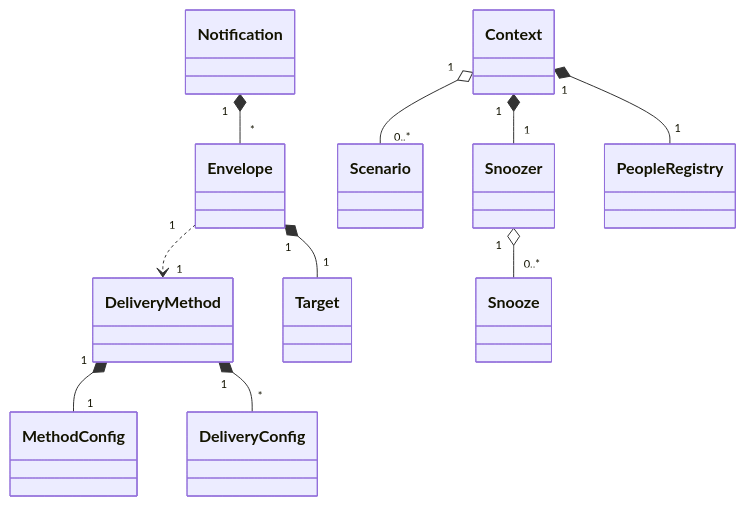
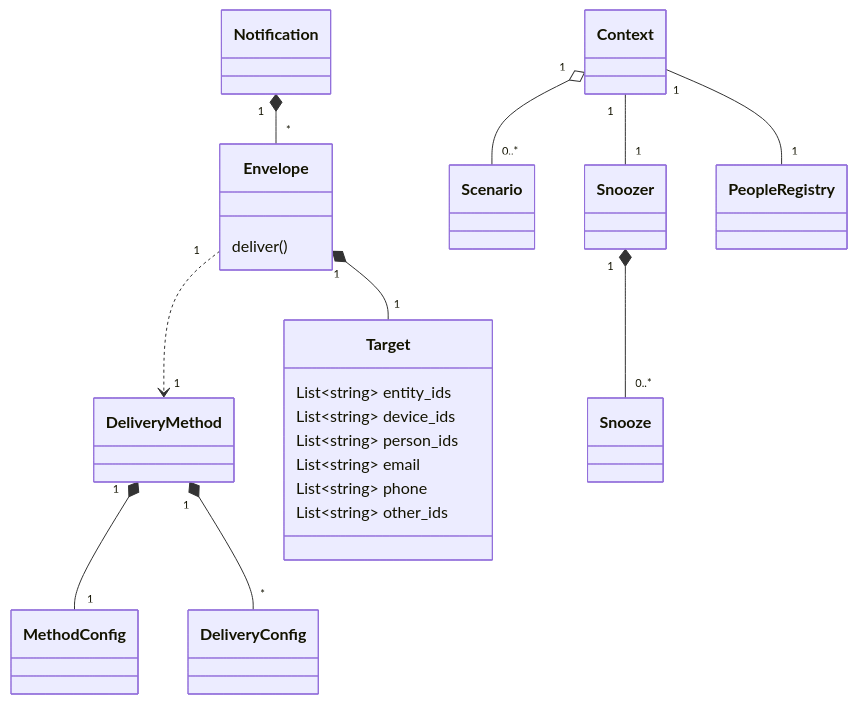
Before and after one commit to rhizomatics/supernotify: the diagram in docs/developer/classes.md, drawn with Mermaid. The commit also changed other lines of this file and 1 other file, not shown here.

Commit message:
futile attempts to make mermaid diagram work

````diff
--- a/docs/developer/classes.md
+++ b/docs/developer/classes.md
@@ -3,13 +5,43 @@
 ```mermaid
 classDiagram
 
-  Notification "1" *-- "*" Envelope
-  Envelope "1" ..> "1" DeliveryMethod
-  DeliveryMethod "1" *-- "1" MethodConfig
-  Envelope "1" *-- "1" Target
-  DeliveryMethod "1" *-- "*" DeliveryConfig
-  Context "1" o-- "0..*" Scenario
-  Snoozer "1" o-- "0..*" Snooze
-  Context "1" *-- "1" Snoozer
-  Context "1" *-- "1" PeopleRegistry
+    class Notification {
+    }
+    class Envelope {
+	    deliver()
+    }
+    class DeliveryMethod {
+    }
+    class MethodConfig {
+    }
+    class Target {
+        List~string~ entity_ids
+        List~string~ device_ids
+        List~string~ person_ids
+        List~string~ email
+        List~string~ phone
+        List~string~ other_ids
+    }
+    class DeliveryConfig {
+    }
+    class Context {
+    }
+    class Scenario {
+    }
+    class Snoozer {
+    }
+    class Snooze {
+    }
+    class PeopleRegistry {
+    }
+
+    Notification "1" *-- "*" Envelope
+    Envelope "1" ..> "1" DeliveryMethod
+    DeliveryMethod "1" *-- "1" MethodConfig
+    Envelope "1" *-- "1" Target
+    DeliveryMethod "1" *-- "*" DeliveryConfig
+    Context "1" o-- "0..*" Scenario
+    Snoozer "1" *-- "0..*" Snooze
+    Context "1" -- "1" Snoozer
+    Context "1" -- "1" PeopleRegistry
 ```
````
